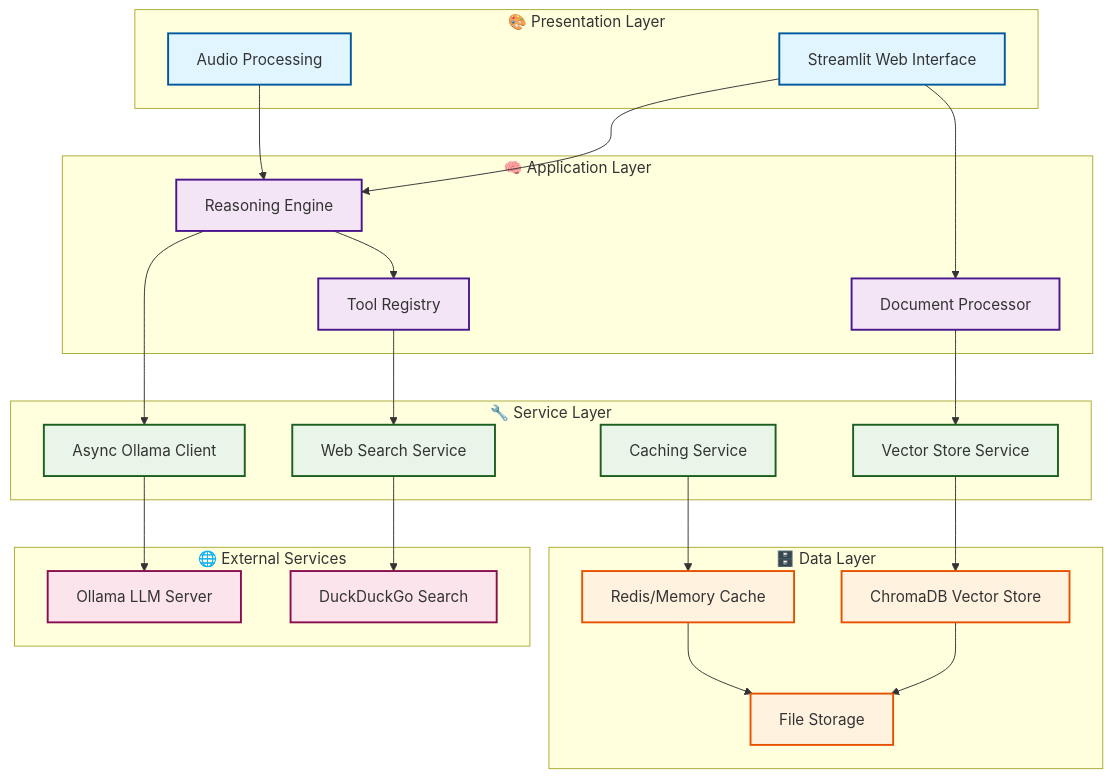
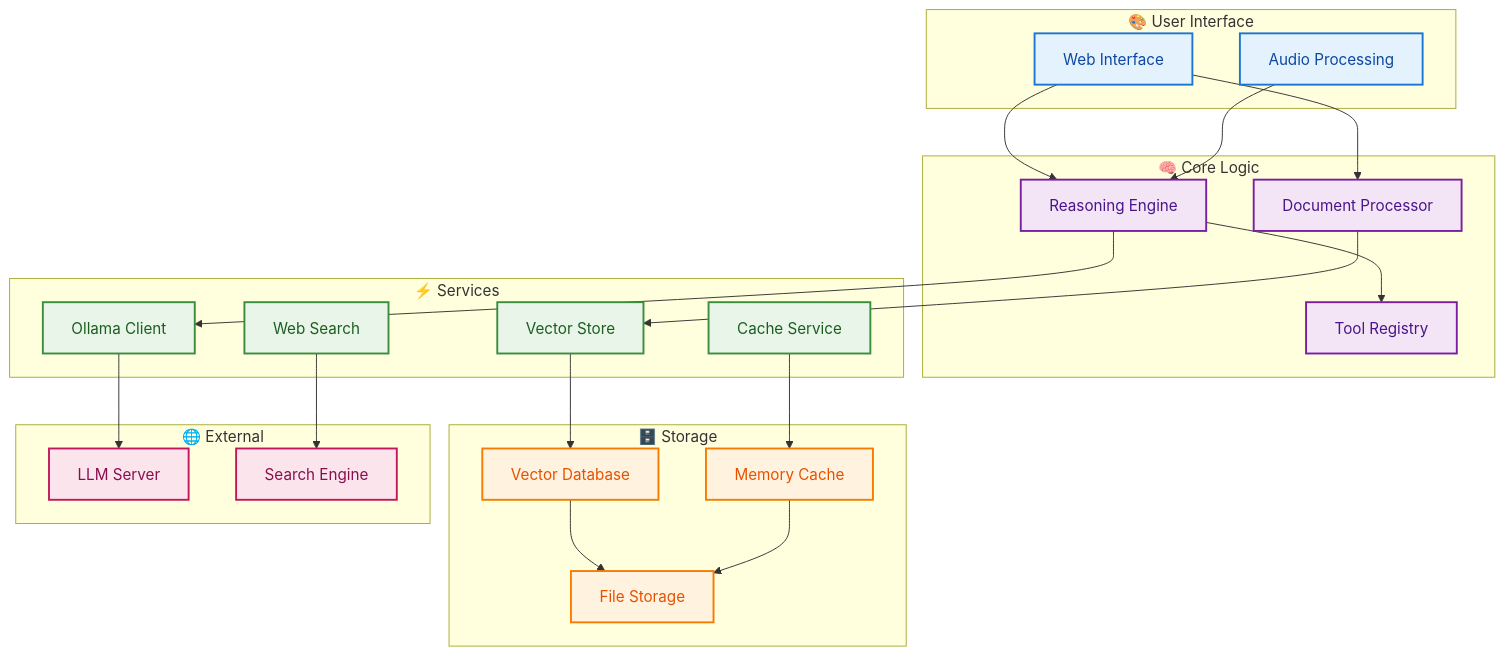
One commit to khaosans/basic-chat changed the first of 3 diagrams in docs/TECHNICAL_OVERVIEW.md. Above: the diagram before and after it, drawn with Mermaid. The commit also changed other lines of this file and 6 other files, not shown here.

Commit message:
docs: Update documentation for clarity and consistency - Revise links and descriptions in DEVELOPMENT.md, ROADMAP.md, and ARCHITECTURE.md

````diff
--- a/docs/TECHNICAL_OVERVIEW.md
+++ b/docs/TECHNICAL_OVERVIEW.md
@@ -15,57 +15,64 @@
 ```mermaid
 graph TB
-    subgraph "🎨 Presentation Layer"
-        UI[Streamlit Web Interface]
+    subgraph "🎨 User Interface"
+        UI[Web Interface]
         AUDIO[Audio Processing]
     end
     
-    subgraph "🧠 Application Layer"
+    subgraph "🧠 Core Logic"
         RE[Reasoning Engine]
         DP[Document Processor]
         TR[Tool Registry]
     end
     
-    subgraph "🔧 Service Layer"
-        AO[Async Ollama Client]
-        VS[Vector Store Service]
-        CS[Caching Service]
-        WS[Web Search Service]
+    subgraph "⚡ Services"
+        AO[Ollama Client]
+        VS[Vector Store]
+        CS[Cache Service]
+        WS[Web Search]
     end
     
-    subgraph "🗄️ Data Layer"
-        CHROMA[ChromaDB Vector Store]
-        CACHE[Redis/Memory Cache]
+    subgraph "🗄️ Storage"
+        CHROMA[Vector Database]
+        CACHE[Memory Cache]
         FILES[File Storage]
     end
     
-    subgraph "🌐 External Services"
-        OLLAMA[Ollama LLM Server]
-        DDG[DuckDuckGo Search]
+    subgraph "🌐 External"
+        OLLAMA[LLM Server]
+        DDG[Search Engine]
     end
     
+    %% User Interface Connections
     UI --> RE
     UI --> DP
     AUDIO --> RE
+    
+    %% Core Logic Connections
     RE --> AO
     RE --> TR
     DP --> VS
-    TR --> WS
+    
+    %% Service Connections
     AO --> OLLAMA
     VS --> CHROMA
     CS --> CACHE
     WS --> DDG
+    
+    %% Storage Connections
     CHROMA --> FILES
     CACHE --> FILES
     
-    classDef presentation fill:#E1F5FE,stroke:#01579B,stroke-width:2px
-    classDef application fill:#F3E5F5,stroke:#4A148C,stroke-width:2px
-    classDef service fill:#E8F5E8,stroke:#1B5E20,stroke-width:2px
-    classDef data fill:#FFF3E0,stroke:#E65100,stroke-width:2px
-    classDef external fill:#FCE4EC,stroke:#880E4F,stroke-width:2px
+    %% Styling
+    classDef ui fill:#E3F2FD,stroke:#1976D2,stroke-width:2px,color:#0D47A1
+    classDef core fill:#F3E5F5,stroke:#7B1FA2,stroke-width:2px,color:#4A148C
+    classDef service fill:#E8F5E8,stroke:#388E3C,stroke-width:2px,color:#1B5E20
+    classDef storage fill:#FFF3E0,stroke:#F57C00,stroke-width:2px,color:#E65100
+    classDef external fill:#FCE4EC,stroke:#C2185B,stroke-width:2px,color:#880E4F
     
-    class UI,AUDIO presentation
-    class RE,DP,TR application
+    class UI,AUDIO ui
+    class RE,DP,TR core
     class AO,VS,CS,WS service
-    class CHROMA,CACHE,FILES data
+    class CHROMA,CACHE,FILES storage
     class OLLAMA,DDG external
 ```
````
